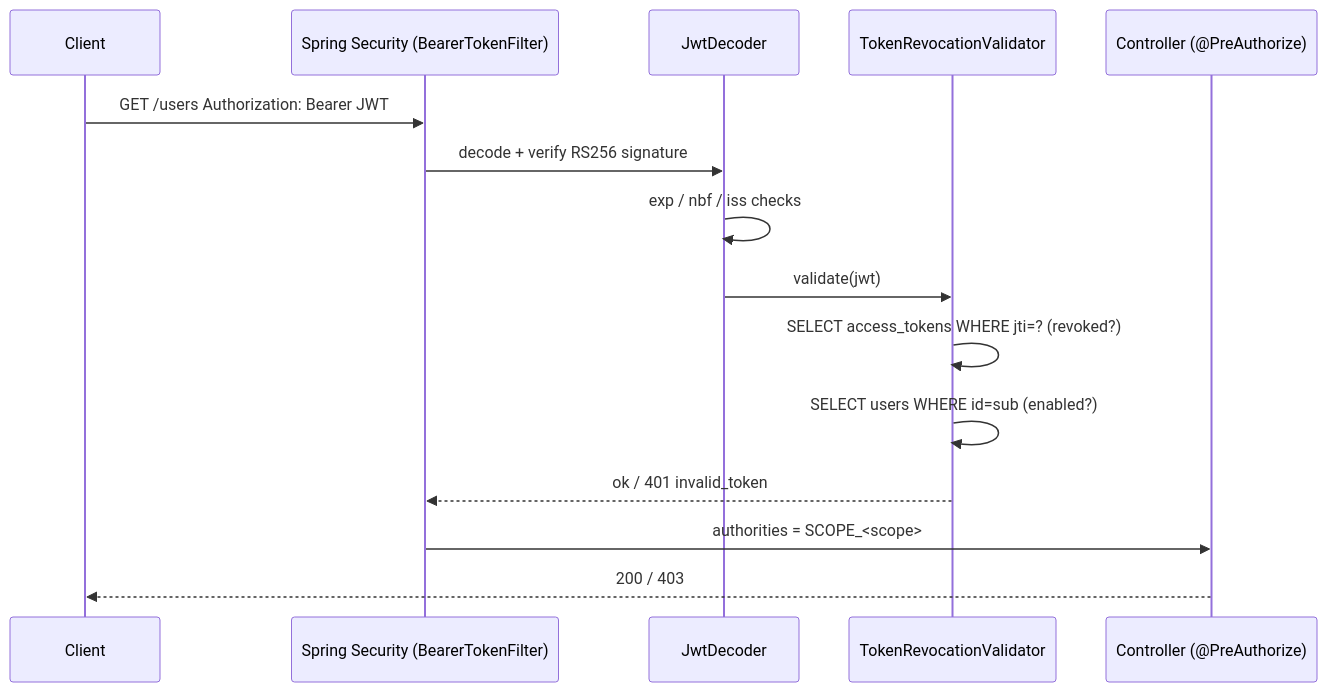
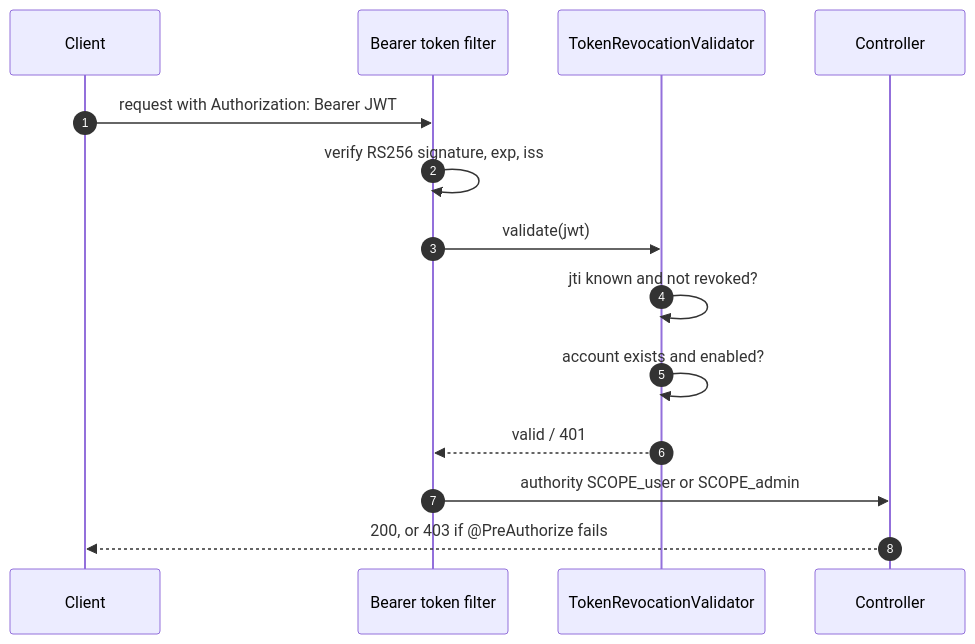
Before and after one commit to design-daas-fra-uas/design-daas-backend-java: the fourth of 9 diagrams in docs/arc42.md, drawn with Mermaid. The commit also changed other lines of this file and 3 other files, not shown here.

````diff
--- a/docs/arc42.md
+++ b/docs/arc42.md
@@ -166,17 +250,16 @@
 ```mermaid
 sequenceDiagram
+    autonumber
     participant C as Client
-    participant F as Spring Security (BearerTokenFilter)
-    participant D as JwtDecoder
+    participant F as Bearer token filter
     participant V as TokenRevocationValidator
-    participant Ctl as Controller (@PreAuthorize)
-    C->>F: GET /users  Authorization: Bearer JWT
-    F->>D: decode + verify RS256 signature
-    D->>D: exp / nbf / iss checks
-    D->>V: validate(jwt)
-    V->>V: SELECT access_tokens WHERE jti=? (revoked?)
-    V->>V: SELECT users WHERE id=sub (enabled?)
-    V-->>F: ok / 401 invalid_token
-    F->>Ctl: authorities = SCOPE_<scope>
-    Ctl-->>C: 200 / 403
+    participant Ctl as Controller
+    C->>F: request with Authorization: Bearer JWT
+    F->>F: verify RS256 signature, exp, iss
+    F->>V: validate(jwt)
+    V->>V: jti known and not revoked?
+    V->>V: account exists and enabled?
+    V-->>F: valid / 401
+    F->>Ctl: authority SCOPE_user or SCOPE_admin
+    Ctl-->>C: 200, or 403 if @PreAuthorize fails
 ```
````
